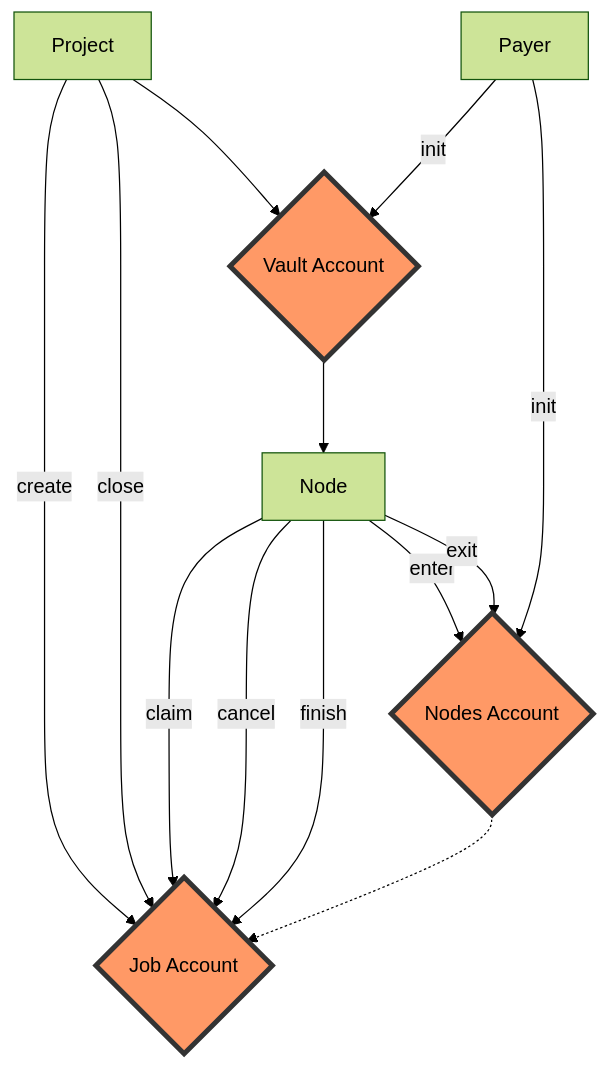
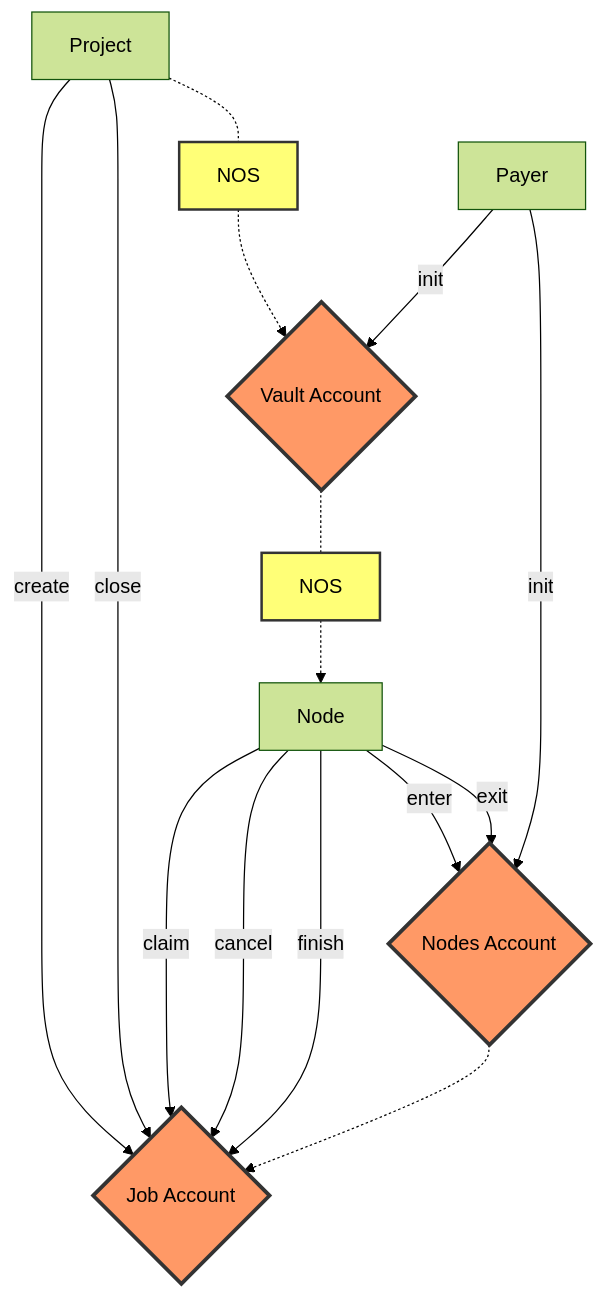
Before and after one commit to nosana-ci/docs.nosana.io: the diagram in docs/programs/jobs.md, drawn with Mermaid (forest theme). The commit also changed other lines of this file and 6 other files, not shown here.

Commit message:
Add graphs

````diff
--- a/docs/programs/jobs.md
+++ b/docs/programs/jobs.md
@@ -20,22 +20,23 @@
 ```mermaid
 flowchart TB
     Project -- create --> di2{Job Account}
     Project -- close --> di2{Job Account}
-    Project --> di3{Vault Account}
-    di3{Vault Account} --> Node
-    
+
     Node -- enter --> di1{Nodes Account}
     Node -- exit --> di1{Nodes Account}
     Node -- claim --> di2{Job Account}
     Node -- cancel --> di2{Job Account}
     Node -- finish --> di2{Job Account}
     di1{Nodes Account} -.-> di2{Job Account}
 
+    Project -.- sq1[NOS] -.-> di3{Vault Account} -.- sq2[NOS] -.-> Node
+
     Payer -- init --> di1{Nodes Account}
     Payer -- init --> di3{Vault Account}
- 
-    classDef orange fill:#f96,stroke:#333,stroke-width:4px;
-    class di1 orange
-    class di2 orange
-    class di3 orange
+
+    classDef orange fill:#f96,stroke:#333,stroke-width:3px;
+    classDef yellow fill:#ff7,stroke:#333,stroke-width:2px;
+
+    class di1,di2,di3 orange
+    class sq1,sq2 yellow
 ```
````
